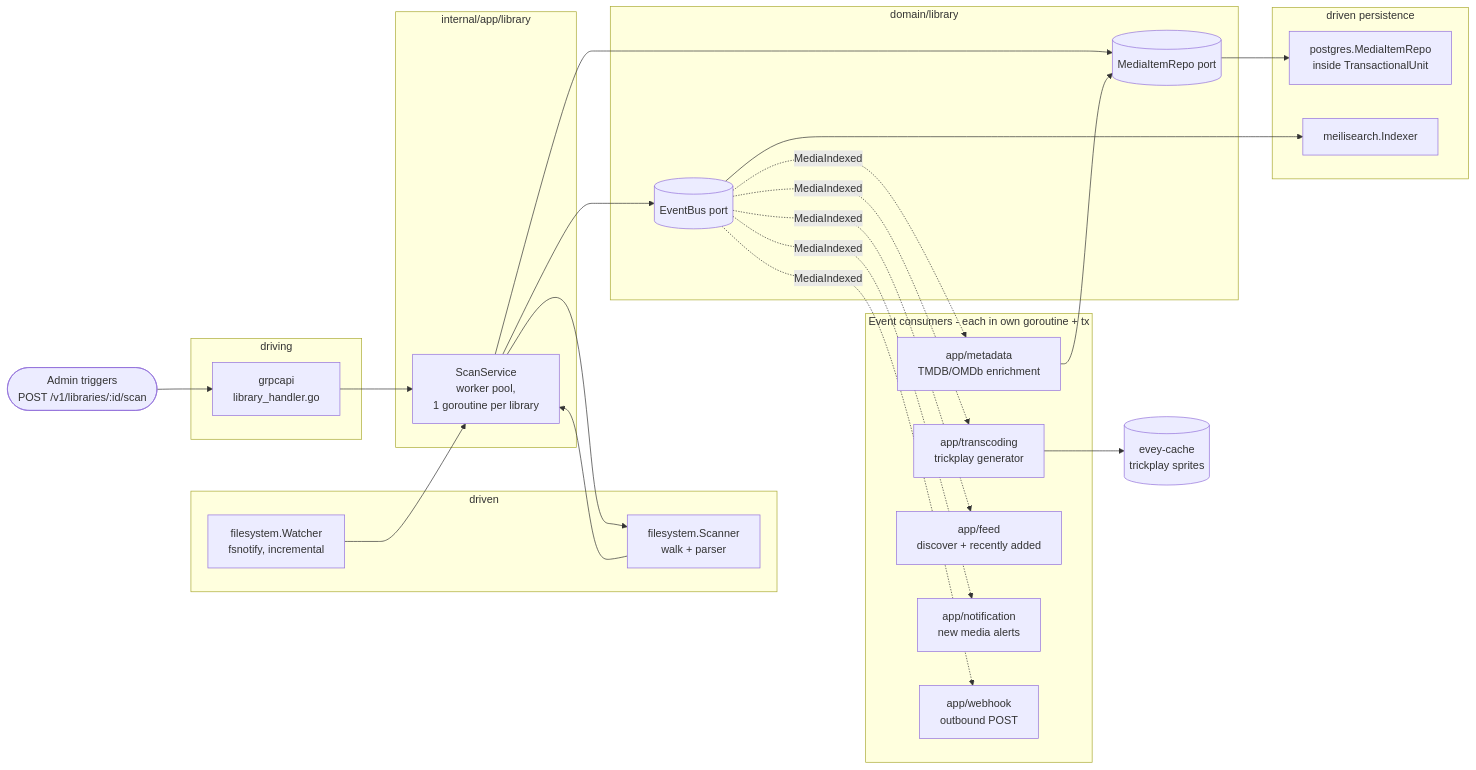
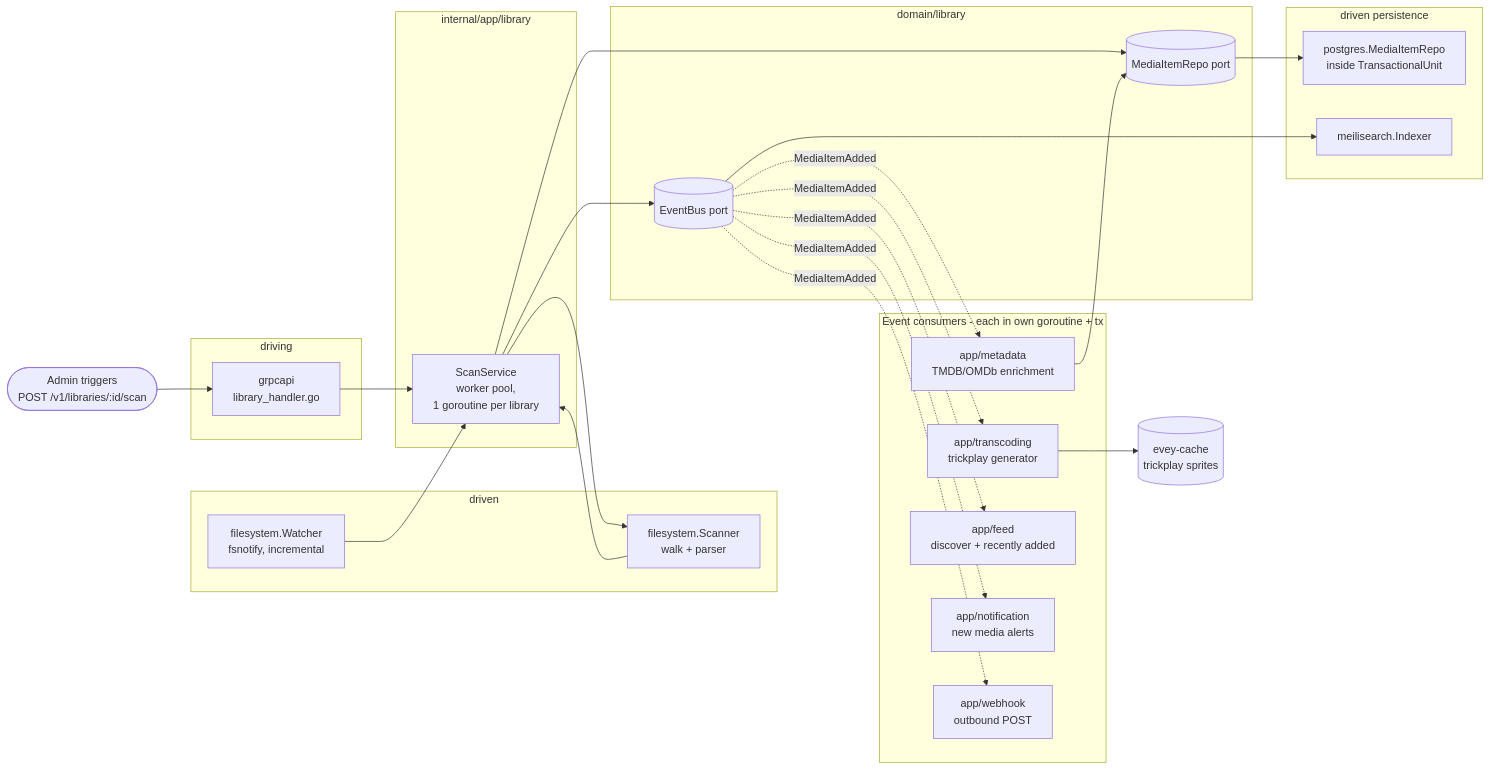
Before and after one commit to eveyproject/evey: the fourth of 4 diagrams in docs/ARCHITECTURE.md, drawn with Mermaid. The commit also changed other lines of this file and 12 other files, not shown here.

````diff
--- a/docs/ARCHITECTURE.md
+++ b/docs/ARCHITECTURE.md
@@ -232,51 +232,51 @@
 ```mermaid
 flowchart LR
     user([Admin triggers<br/>POST /v1/libraries/:id/scan])
 
     subgraph driving2[driving]
         h[grpcapi<br/>library_handler.go]
     end
 
     subgraph appLayer[internal/app/library]
         svc[ScanService<br/>worker pool,<br/>1 goroutine per library]
     end
 
     subgraph drivenScan[driven]
         scanner[filesystem.Scanner<br/>walk + parser]
         watcher[filesystem.Watcher<br/>fsnotify, incremental]
     end
 
     subgraph domainScan[domain/library]
         repo[(MediaItemRepo port)]
         bus[(EventBus port)]
     end
 
     subgraph persist[driven persistence]
         pgrepo[postgres.MediaItemRepo<br/>inside TransactionalUnit]
         searchidx[meilisearch.Indexer]
     end
 
     subgraph consumers[Event consumers - each in own goroutine + tx]
         meta[app/metadata<br/>TMDB/OMDb enrichment]
         trick[app/transcoding<br/>trickplay generator]
         feed[app/feed<br/>discover + recently added]
         notif[app/notification<br/>new media alerts]
         wh[app/webhook<br/>outbound POST]
     end
 
     user --> h --> svc
     svc --> scanner
     watcher --> svc
     scanner --> svc
     svc --> repo
     repo --> pgrepo
     svc --> bus
     bus --> searchidx
-    bus -. MediaIndexed .-> meta
-    bus -. MediaIndexed .-> trick
-    bus -. MediaIndexed .-> feed
-    bus -. MediaIndexed .-> notif
-    bus -. MediaIndexed .-> wh
+    bus -. MediaItemAdded .-> meta
+    bus -. MediaItemAdded .-> trick
+    bus -. MediaItemAdded .-> feed
+    bus -. MediaItemAdded .-> notif
+    bus -. MediaItemAdded .-> wh
     meta --> repo
     trick --> ffstore[(evey-cache<br/>trickplay sprites)]
 ```
````
